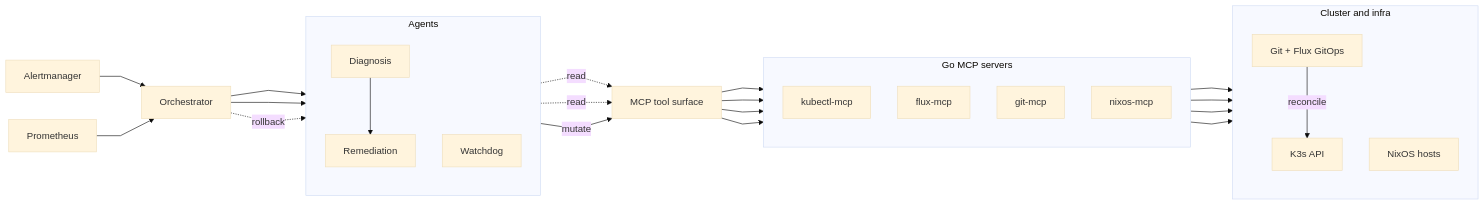
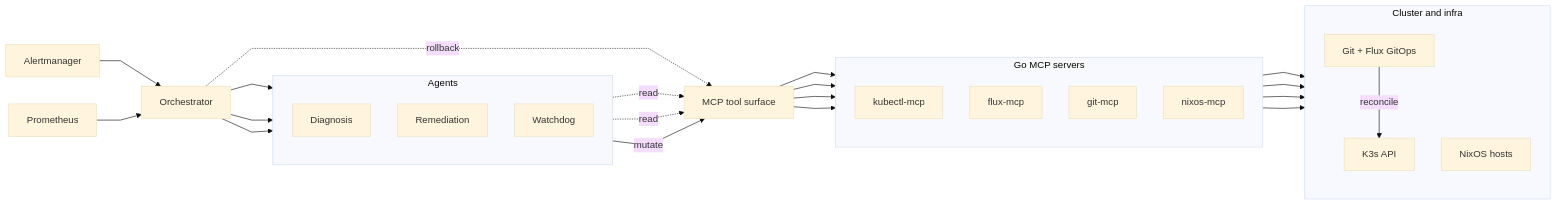
One commit to lucawalz/vigil changed the diagram in README.md. Above: the diagram before and after it, drawn with Mermaid (base theme). The commit also changed other lines of this file, not shown here.

````diff
--- a/README.md
+++ b/README.md
@@ -34,49 +34,48 @@
 ```mermaid
 %%{init: {'flowchart': {'curve': 'linear', 'rankSpacing': 70, 'nodeSpacing': 45}}}%%
 flowchart LR
   AM["Alertmanager"] --> OR["Orchestrator"]
   PR["Prometheus"] --> OR
 
   subgraph ag["Agents"]
     direction TB
     DG["Diagnosis"]
     RM["Remediation"]
     WD["Watchdog"]
   end
 
   OR --> DG
-  DG --> RM
+  OR --> RM
   OR --> WD
 
   DG -. read .-> MX["MCP tool surface"]
   WD -. read .-> MX
   RM -->|mutate| MX
+  OR -. rollback .-> MX
 
   subgraph mc["Go MCP servers"]
     direction TB
     KM["kubectl-mcp"]
     FM["flux-mcp"]
     GM["git-mcp"]
     NM["nixos-mcp"]
   end
 
   MX --> KM
   MX --> FM
   MX --> GM
   MX --> NM
 
   subgraph cl["Cluster and infra"]
     direction TB
     K8["K3s API"]
     GT["Git + Flux GitOps"]
     NX["NixOS hosts"]
   end
 
   KM --> K8
   FM --> GT
   GM --> GT
   NM --> NX
   GT -->|reconcile| K8
-
-  OR -. rollback .-> RM
 ```
````
